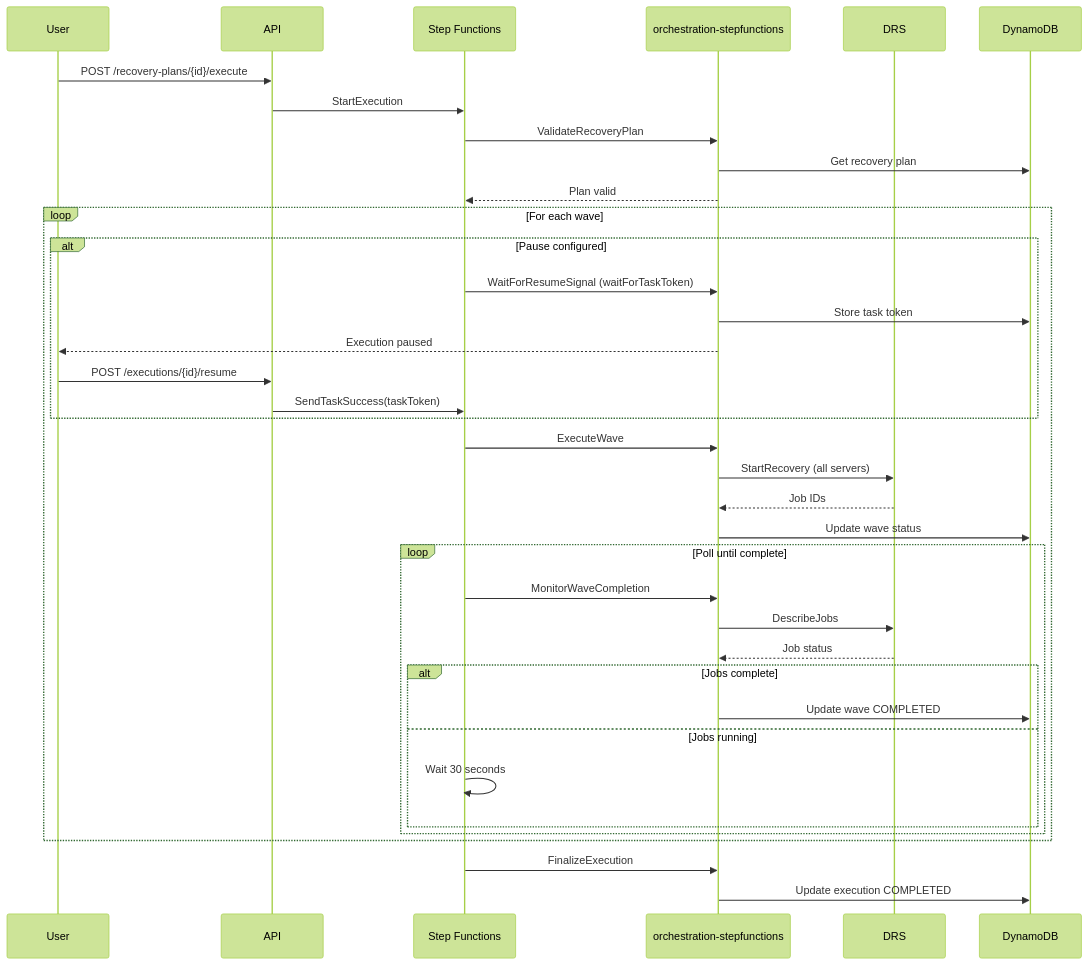
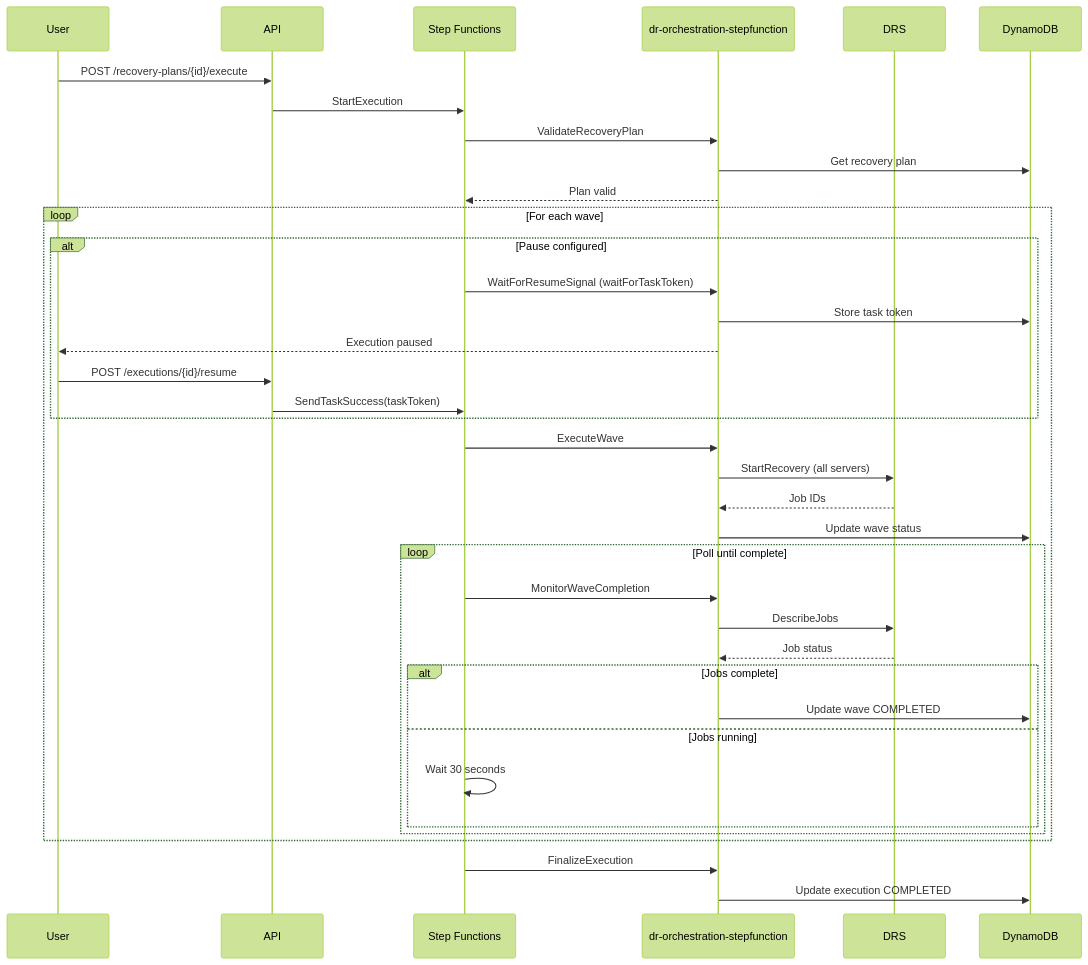
One commit to johnjcousens/aws-elasticdrs-orchestrator changed the second of 3 diagrams in docs/architecture/ARCHITECTURE.md. Above: the diagram before and after it, drawn with Mermaid (forest theme). The commit also changed other lines of this file and 11 other files, not shown here.

````diff
--- a/docs/architecture/ARCHITECTURE.md
+++ b/docs/architecture/ARCHITECTURE.md
@@ -1014,44 +1022,44 @@
 ```mermaid
 sequenceDiagram
     participant User
     participant API
     participant StepFn as Step Functions
-    participant Lambda as orchestration-stepfunctions
+    participant Lambda as dr-orchestration-stepfunction
     participant DRS
     participant DDB as DynamoDB
     
     User->>API: POST /recovery-plans/{id}/execute
     API->>StepFn: StartExecution
     StepFn->>Lambda: ValidateRecoveryPlan
     Lambda->>DDB: Get recovery plan
     Lambda-->>StepFn: Plan valid
     
     loop For each wave
         alt Pause configured
             StepFn->>Lambda: WaitForResumeSignal (waitForTaskToken)
             Lambda->>DDB: Store task token
             Lambda-->>User: Execution paused
             User->>API: POST /executions/{id}/resume
             API->>StepFn: SendTaskSuccess(taskToken)
         end
         
         StepFn->>Lambda: ExecuteWave
         Lambda->>DRS: StartRecovery (all servers)
         DRS-->>Lambda: Job IDs
         Lambda->>DDB: Update wave status
         
         loop Poll until complete
             StepFn->>Lambda: MonitorWaveCompletion
             Lambda->>DRS: DescribeJobs
             DRS-->>Lambda: Job status
             alt Jobs complete
                 Lambda->>DDB: Update wave COMPLETED
             else Jobs running
                 StepFn->>StepFn: Wait 30 seconds
             end
         end
     end
     
     StepFn->>Lambda: FinalizeExecution
     Lambda->>DDB: Update execution COMPLETED
 ```
````
